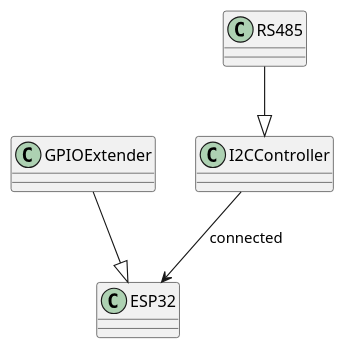
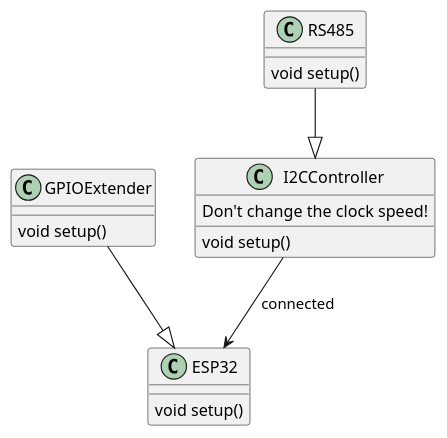
The diagram in Braille_Project/main/I2C.puml (nathe6/ENGR696-Braille), drawn with PlantUML before and after one commit.

Commit message:
Rough Draft

```diff
--- a/Braille_Project/main/I2C.puml
+++ b/Braille_Project/main/I2C.puml
@@ -1,27 +1,28 @@
 @startuml ESP32
 
 together {
 
     class ESP32 {
-
+        void setup()
     }
 
     class I2CController {
-
+        Don't change the clock speed!
+        void setup()
     }
 
     class RS485 {
-
+        void setup()
     }
 
     class GPIOExtender {
-
+        void setup()
     }
 
     GPIOExtender --|> ESP32
     I2CController --> ESP32 : connected 
     RS485 --|> I2CController
 
 }
 
 @enduml
```
